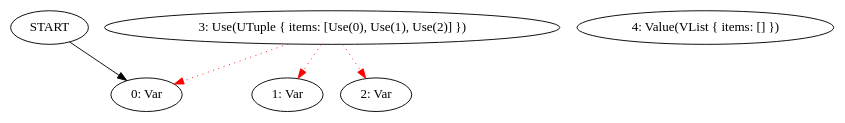
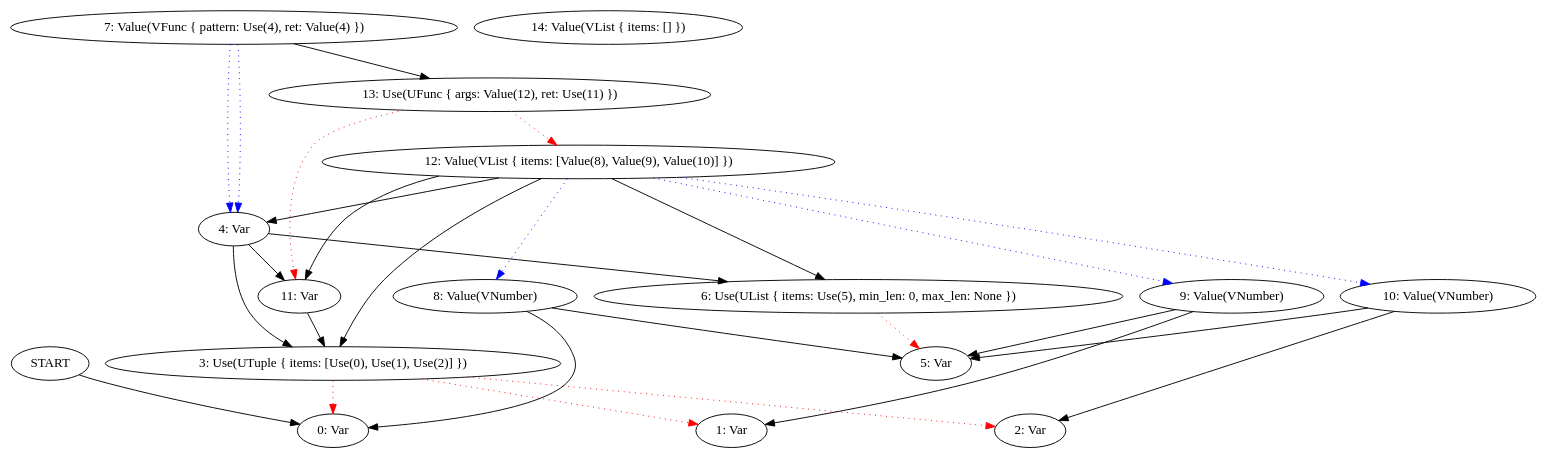
One commit to frondeus/project-s changed the second of 3 diagrams in docs/log/2025-06-21.md. Above: the diagram before and after it, drawn with Graphviz. The commit also changed other lines of this file and 5 other files, not shown here.

````diff
--- a/docs/log/2025-06-21.md
+++ b/docs/log/2025-06-21.md
@@ -105,14 +105,47 @@
 ```graphviz
 digraph G {
 N0 [label="0: Var"];
 N1 [label="1: Var"];
 N2 [label="2: Var"];
 N3 [label="3: Use(UTuple { items: [Use(0), Use(1), Use(2)] })"];
-N4 [label="4: Value(VList { items: [] })"];
+N4 [label="4: Var"];
+N5 [label="5: Var"];
+N6 [label="6: Use(UList { items: Use(5), min_len: 0, max_len: None })"];
+N7 [label="7: Value(VFunc { pattern: Use(4), ret: Value(4) })"];
+N8 [label="8: Value(VNumber)"];
+N9 [label="9: Value(VNumber)"];
+N10 [label="10: Value(VNumber)"];
+N11 [label="11: Var"];
+N12 [label="12: Value(VList { items: [Value(8), Value(9), Value(10)] })"];
+N13 [label="13: Use(UFunc { args: Value(12), ret: Use(11) })"];
+N14 [label="14: Value(VList { items: [] })"];
 START -> N0
 N3 -> N0 [color=red, style=dotted];
 N3 -> N1 [color=red, style=dotted];
 N3 -> N2 [color=red, style=dotted];
+N6 -> N5 [color=red, style=dotted];
+N7 -> N4 [color=blue, style=dotted];
+N7 -> N4 [color=blue, style=dotted];
+N12 -> N8 [color=blue, style=dotted];
+N12 -> N9 [color=blue, style=dotted];
+N12 -> N10 [color=blue, style=dotted];
+N13 -> N12 [color=red, style=dotted];
+N13 -> N11 [color=red, style=dotted];
+N4 -> N6;
+N4 -> N11;
+N4 -> N3;
+N7 -> N13;
+N8 -> N5;
+N8 -> N0;
+N9 -> N5;
+N9 -> N1;
+N10 -> N5;
+N10 -> N2;
+N11 -> N3;
+N12 -> N4;
+N12 -> N11;
+N12 -> N6;
+N12 -> N3;
 }
 
 ```
````
